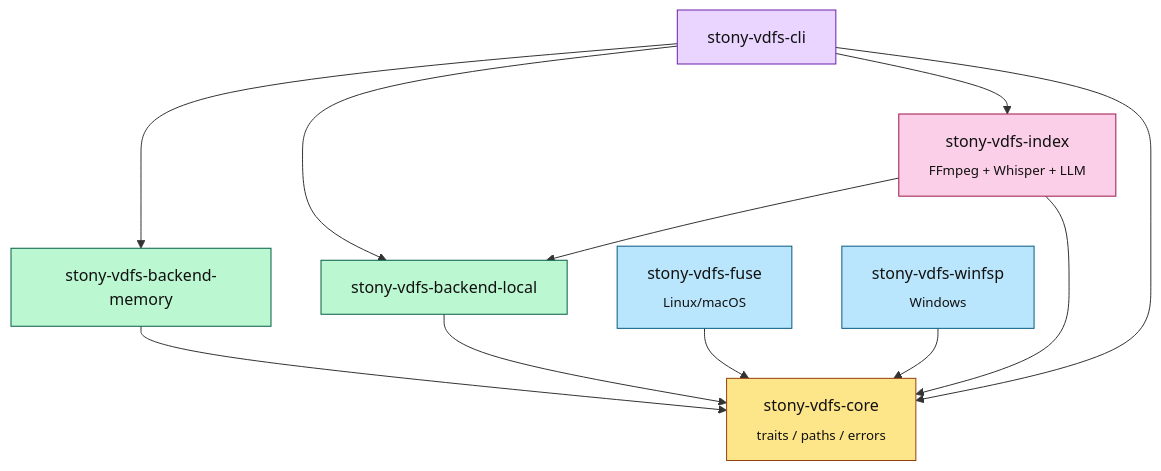
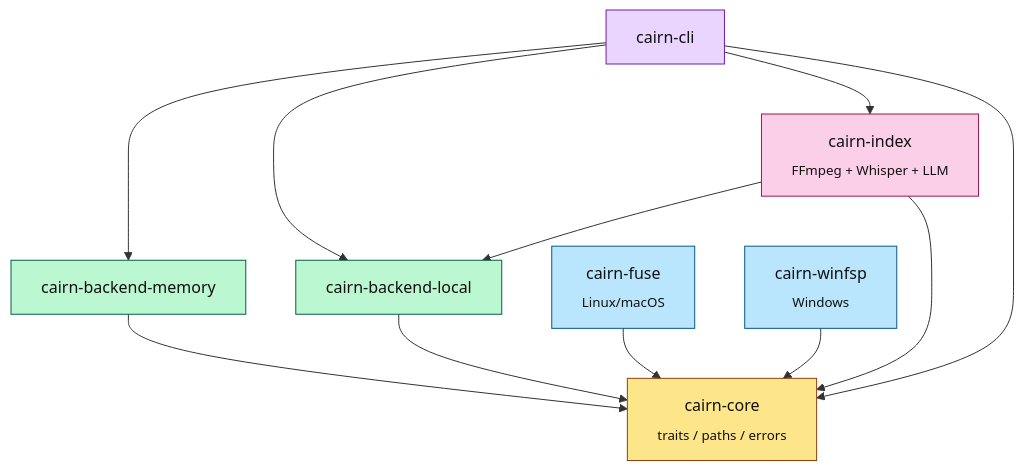
Before and after one commit to stonyp90/diaspor: the first of 4 diagrams in ARCHITECTURE.md, drawn with Mermaid. The commit also changed other lines of this file and 77 other files, not shown here.

First line of the commit message:
rebrand: stony-vdfs → cairn

````diff
--- a/ARCHITECTURE.md
+++ b/ARCHITECTURE.md
@@ -12,33 +12,33 @@
 ```mermaid
 graph TD
-    core["stony-vdfs-core<br/><sub>traits / paths / errors</sub>"]
-    memory["stony-vdfs-backend-memory"]
-    local["stony-vdfs-backend-local"]
-    fuse["stony-vdfs-fuse<br/><sub>Linux/macOS</sub>"]
-    winfsp["stony-vdfs-winfsp<br/><sub>Windows</sub>"]
-    index["stony-vdfs-index<br/><sub>FFmpeg + Whisper + LLM</sub>"]
-    cli["stony-vdfs-cli"]
+    core["cairn-core<br/><sub>traits / paths / errors</sub>"]
+    memory["cairn-backend-memory"]
+    local["cairn-backend-local"]
+    fuse["cairn-fuse<br/><sub>Linux/macOS</sub>"]
+    winfsp["cairn-winfsp<br/><sub>Windows</sub>"]
+    index["cairn-index<br/><sub>FFmpeg + Whisper + LLM</sub>"]
+    cli["cairn-cli"]
 
     memory --> core
     local  --> core
     fuse   --> core
     winfsp --> core
     index  --> core
     cli    --> core
     cli    --> memory
     cli    --> local
     cli    --> index
     index  --> local
 
     classDef coreCls fill:#fde68a,stroke:#92400e,color:#111
     classDef backendCls fill:#bbf7d0,stroke:#065f46,color:#111
     classDef adapterCls fill:#bae6fd,stroke:#075985,color:#111
     classDef pipelineCls fill:#fbcfe8,stroke:#9d174d,color:#111
     classDef cliCls fill:#e9d5ff,stroke:#6b21a8,color:#111
 
     class core coreCls
     class memory,local backendCls
     class fuse,winfsp adapterCls
     class index pipelineCls
     class cli cliCls
 ```
````
